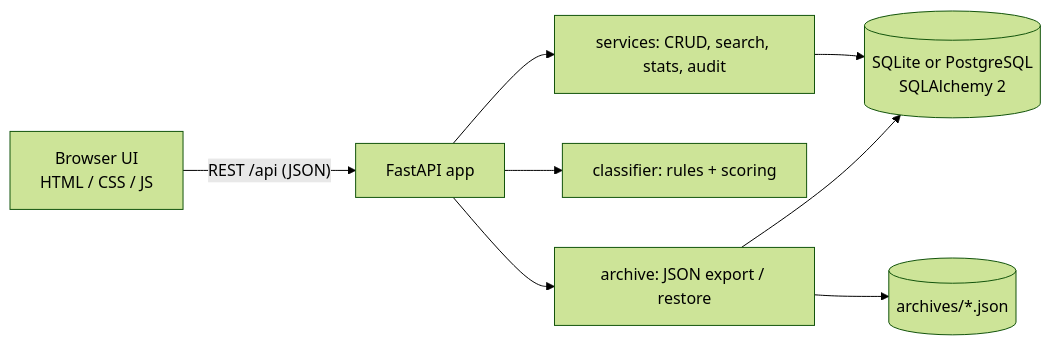
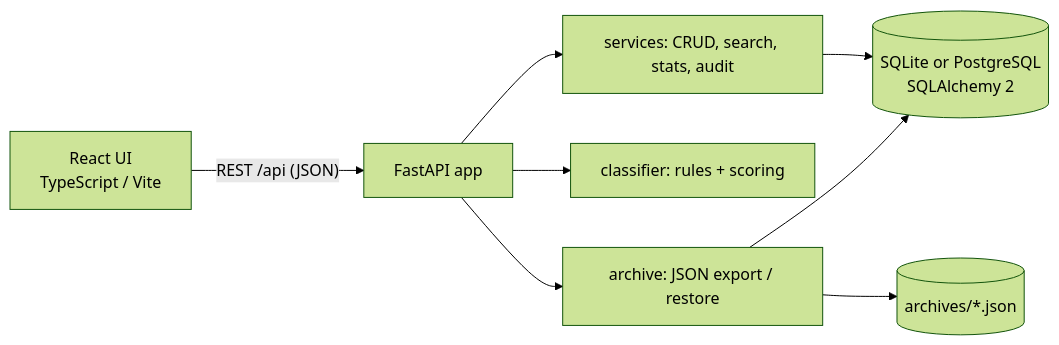
The diagram in README.md (Reczec/medkb), drawn with Mermaid (forest theme) before and after one commit. The commit also changed other lines of this file and 15 other files, not shown here.

First line of the commit message:
feat: serve React frontend from FastAPI, multi-stage Docker, CI and e2e smoke tests

````diff
--- a/README.md
+++ b/README.md
@@ -41,10 +44,10 @@
 ```mermaid
 flowchart LR
-    UI["Browser UI<br/>HTML / CSS / JS"] -- "REST /api (JSON)" --> API["FastAPI app"]
+    UI["React UI<br/>TypeScript / Vite"] -- "REST /api (JSON)" --> API["FastAPI app"]
     API --> SVC["services: CRUD, search, stats, audit"]
     API --> CLS["classifier: rules + scoring"]
     API --> ARC["archive: JSON export / restore"]
     SVC --> DB[("SQLite or PostgreSQL<br/>SQLAlchemy 2")]
     ARC --> DB
     ARC --> FS[("archives/*.json")]
 ```
````
